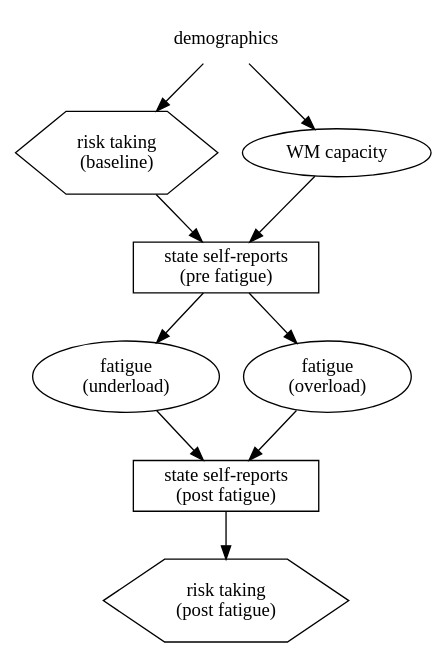
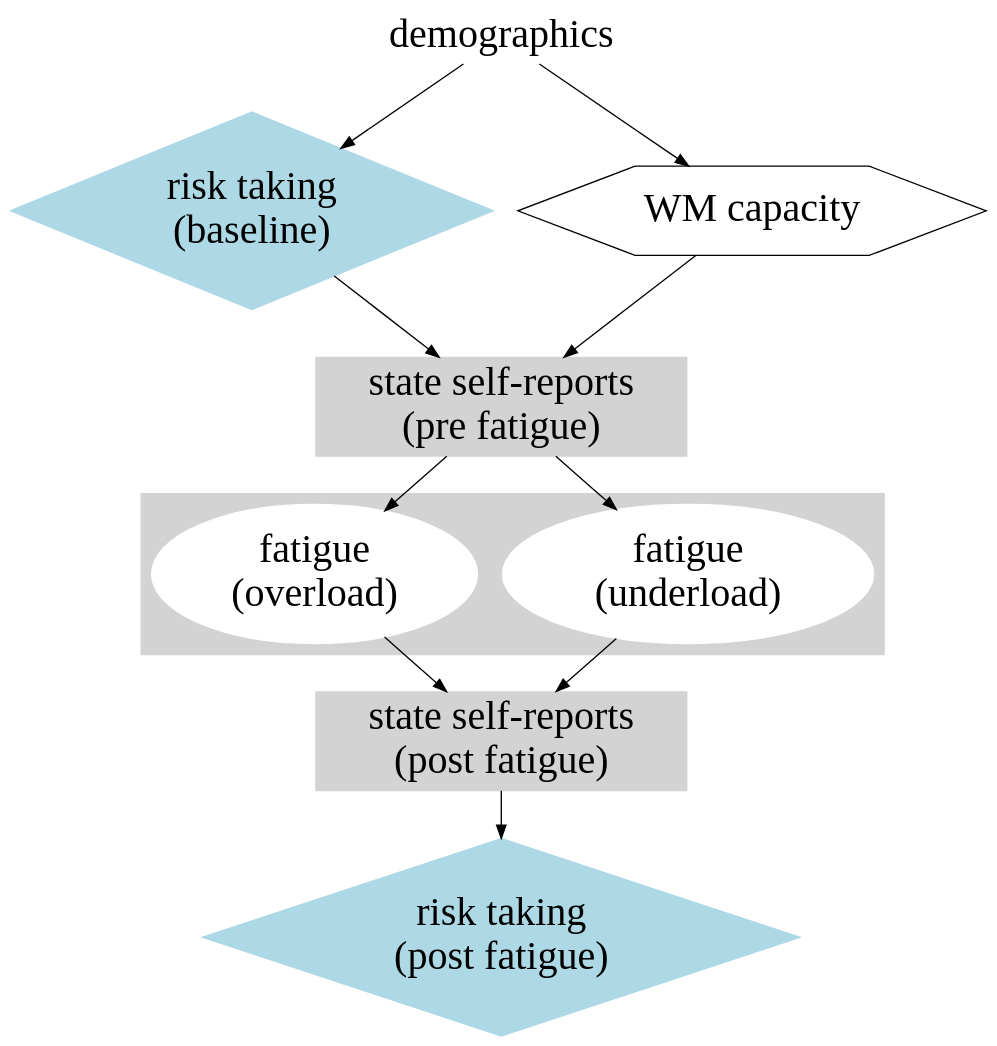
Before and after one commit to GermanoGallicchio/research_new: the diagram in bart.qmd, drawn with Graphviz. The commit also changed other lines of this file, not shown here.

````diff
--- a/bart.qmd
+++ b/bart.qmd
@@ -41,22 +67,36 @@
 ```{dot}
+//| fig-width: 6
+//| fig-height: 6
 digraph protocol {
+  rankdir=TB
+  bgcolor="transparent"
+  node [fontsize=30]
+
+  A [label = "demographics" shape=none]
+  B [label = "risk taking\n(baseline)", shape=diamond, style=filled; color=lightblue]
+  C [label = "WM capacity", shape=hexagon]
+  D [label = "state self-reports\n(pre fatigue)", shape=rect; style=filled; color=lightgray]
+
+  subgraph cluster_0 {
+		style=filled;
+		color=lightgrey;
+		node [style=filled,color=white];
+		E [label = "fatigue\n(underload)"]
+    F [label = "fatigue\n(overload)"]
+		label = "";
+	}
   
-  A [label = "demographics" shape=none]
-  B [label = "risk taking\n(baseline)" shape=hexagon]
-  C [label = "WM capacity"]
-  D [label = "state self-reports\n(pre fatigue)", shape=rect]
-  E [label = "fatigue\n(underload)"]
-  F [label = "fatigue\n(overload)"]
-  G [label = "state self-reports\n(post fatigue)", shape=rect]
-  H [label = "risk taking\n(post fatigue)" shape=hexagon]
+
+  G [label = "state self-reports\n(post fatigue)", shape=rect, style=filled; color=lightgray]
+  H [label = "risk taking\n(post fatigue)"; shape=diamond;style=filled; color=lightblue]
   A -> B
   A -> C
   B -> D
   C -> D
   D -> E
   D -> F
   E -> G
   F -> G
   G -> H
 }    
 ```
````
